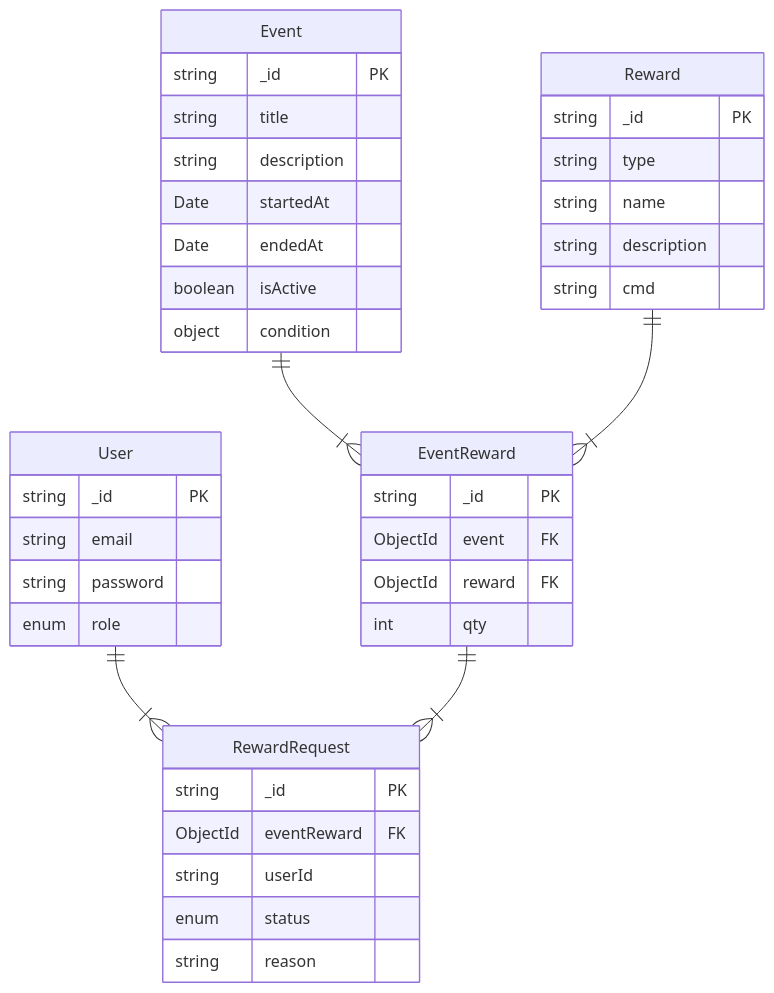
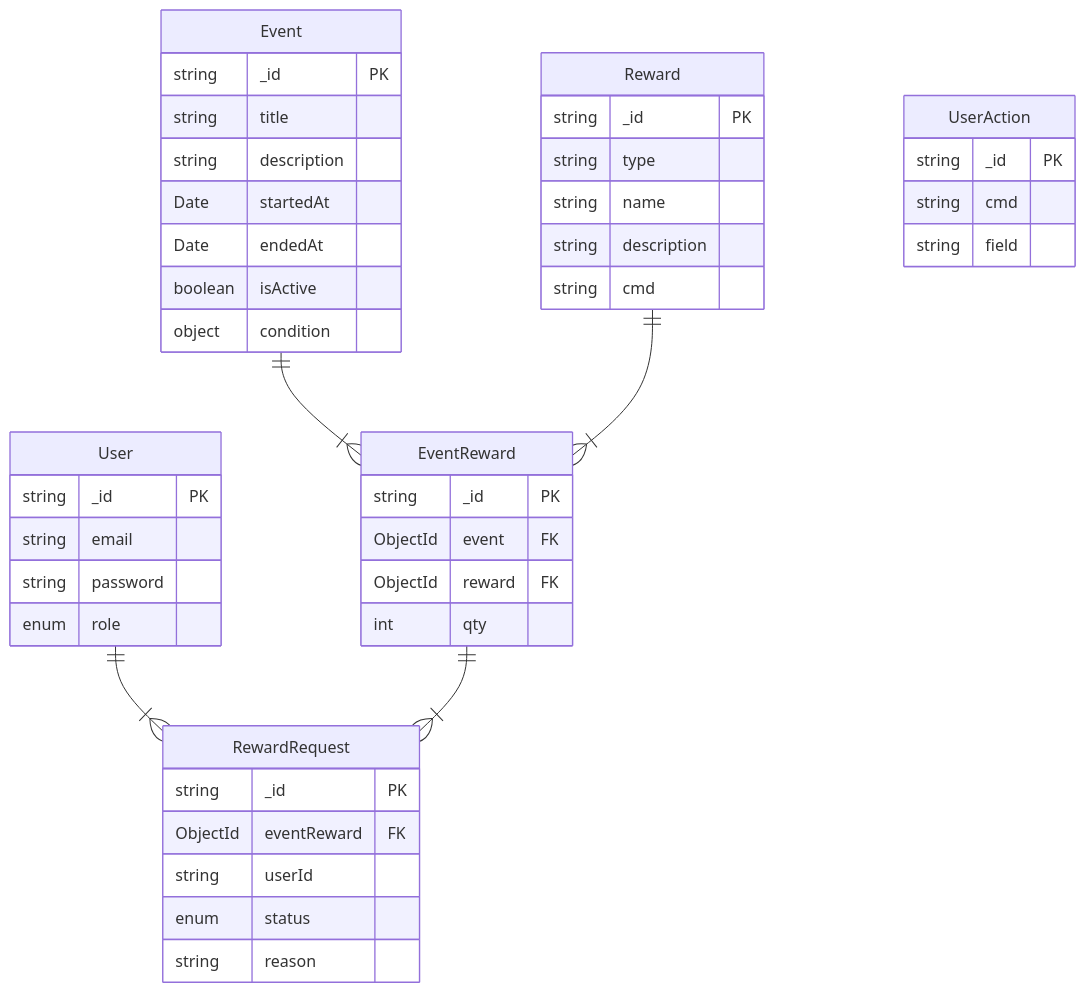
One commit to SAE-HUN/nexon changed the second of 3 diagrams in README.md. Above: the diagram before and after it, drawn with Mermaid. The commit also changed other lines of this file, not shown here.

First line of the commit message:
docs(readme): document Reward and UserAction design considerations

````diff
--- a/README.md
+++ b/README.md
@@ -61,43 +61,48 @@
 ```mermaid
 erDiagram
     User ||--|{ RewardRequest : ""
     Event ||--|{ EventReward : ""
     Reward ||--|{ EventReward : ""
     EventReward ||--|{ RewardRequest : ""
 
     User {
         string _id PK
         string email
         string password
         enum role
     }
     Event {
         string _id PK
         string title
         string description
         Date startedAt
         Date endedAt
         boolean isActive
         object condition
     }
     Reward {
         string _id PK
         string type
         string name
         string description
         string cmd
     }
     EventReward {
         string _id PK
         ObjectId event FK
         ObjectId reward FK
         int qty
     }
     RewardRequest {
         string _id PK
         ObjectId eventReward FK
         string userId
         enum status
         string reason
     }
+    UserAction {
+        string _id PK
+        string cmd
+        string field
+    }
 ```
````
